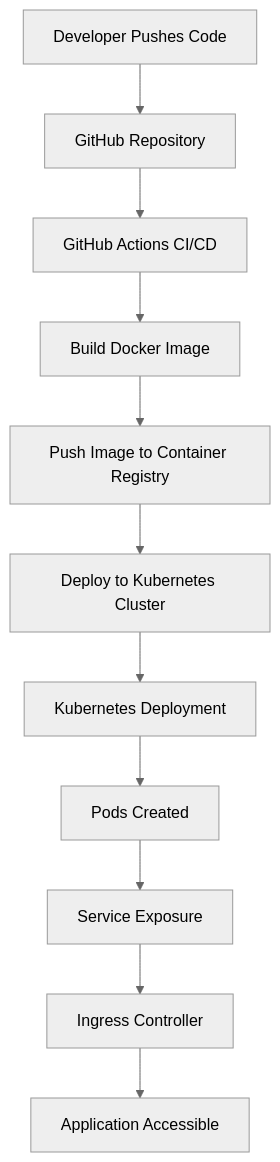
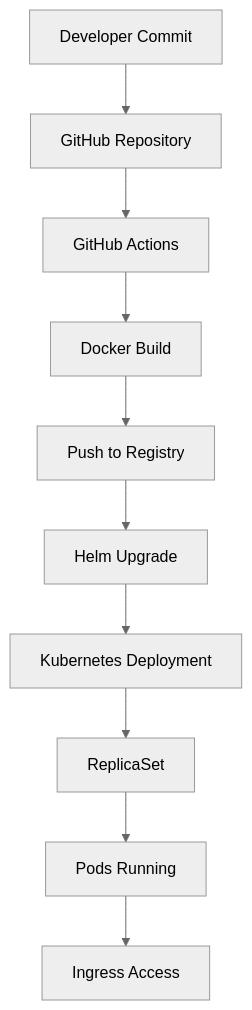
One commit to chrisjohn83/kubernetes-deployment-platform changed the diagram in docs/03-helm-charts.md. Above: the diagram before and after it, drawn with Mermaid (neutral theme). The commit also changed other lines of this file and 1 other file, not shown here.

Commit message:
mermaid diagram is available for helm deployment

````diff
--- a/docs/03-helm-charts.md
+++ b/docs/03-helm-charts.md
@@ -43,24 +44,22 @@
 ```mermaid
 graph TD
 
-A[Developer Pushes Code]
+A[Developer Commit]
 --> B[GitHub Repository]
 
-B --> C[GitHub Actions CI/CD]
+B --> C[GitHub Actions]
 
-C --> D[Build Docker Image]
+C --> D[Docker Build]
 
-D --> E[Push Image to Container Registry]
+D --> E[Push to Registry]
 
-E --> F[Deploy to Kubernetes Cluster]
+E --> F[Helm Upgrade]
 
 F --> G[Kubernetes Deployment]
 
-G --> H[Pods Created]
+G --> H[ReplicaSet]
 
-H --> I[Service Exposure]
+H --> I[Pods Running]
 
-I --> J[Ingress Controller]
-
-J --> K[Application Accessible]
+I --> J[Ingress Access]
 ```
````
